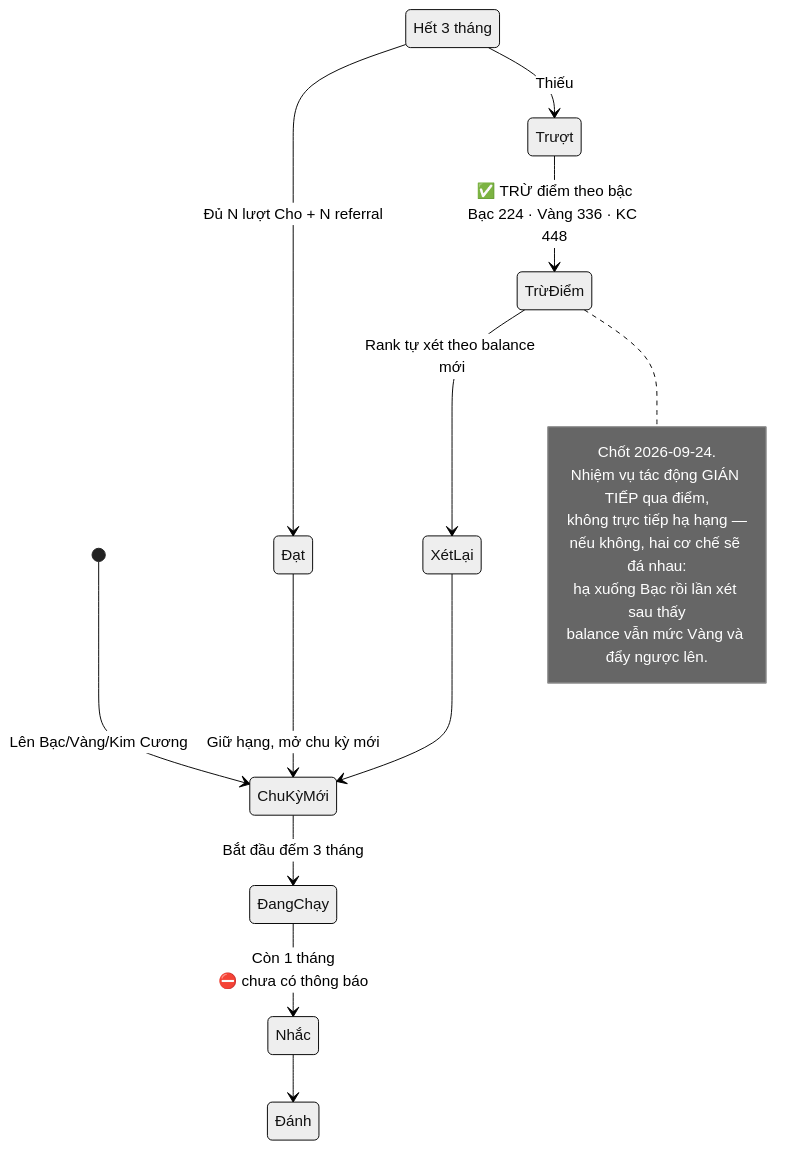
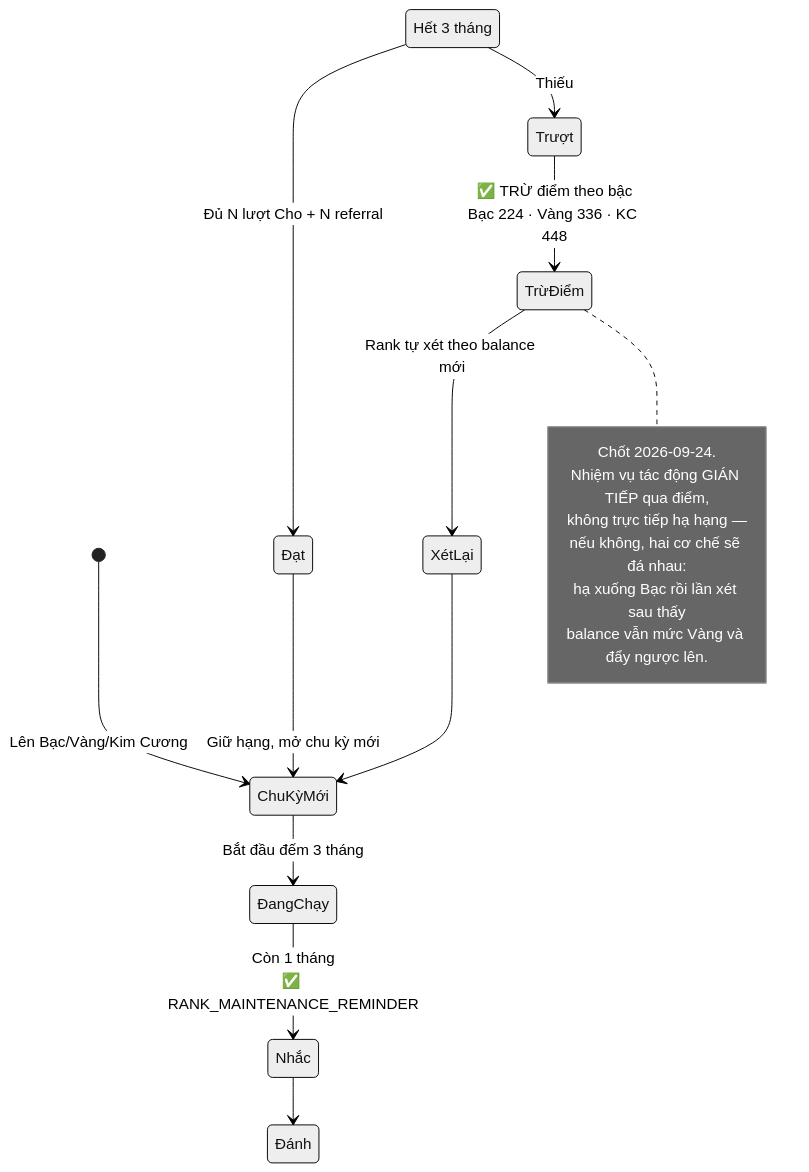
The third of 7 diagrams in docs/diagram/12-rank.md (fdshn/trueheart), drawn with Mermaid (neutral theme) before and after one commit. The commit also changed other lines of this file and 21 other files, not shown here.

First line of the commit message:
fix(rank): đổi vật phẩm và trượt nhiệm vụ nay xét lại hạng có thông báo, thêm RANK_PROMOTED

````diff
--- a/docs/diagram/12-rank.md
+++ b/docs/diagram/12-rank.md
@@ -44,24 +44,24 @@
 ```mermaid
 stateDiagram-v2
     [*] --> ChuKỳMới: Lên Bạc/Vàng/Kim Cương
     ChuKỳMới --> ĐangChạy: Bắt đầu đếm 3 tháng
-    ĐangChạy --> Nhắc: Còn 1 tháng<br/>⛔ chưa có thông báo
+    ĐangChạy --> Nhắc: Còn 1 tháng<br/>✅ RANK_MAINTENANCE_REMINDER
     Nhắc --> Đánh giá: Hết 3 tháng
 
     Đánh giá --> Đạt: Đủ N lượt Cho + N referral
     Đánh giá --> Trượt: Thiếu
 
     Đạt --> ChuKỳMới: Giữ hạng, mở chu kỳ mới
     Trượt --> TrừĐiểm: ✅ TRỪ điểm theo bậc<br/>Bạc 224 · Vàng 336 · KC 448
     TrừĐiểm --> XétLại: Rank tự xét theo balance mới
     XétLại --> ChuKỳMới
 
     note right of TrừĐiểm
         Chốt 2026-09-24.
         Nhiệm vụ tác động GIÁN TIẾP qua điểm,
         không trực tiếp hạ hạng —
         nếu không, hai cơ chế sẽ đá nhau:
         hạ xuống Bạc rồi lần xét sau thấy
         balance vẫn mức Vàng và đẩy ngược lên.
     end note
 ```
````
